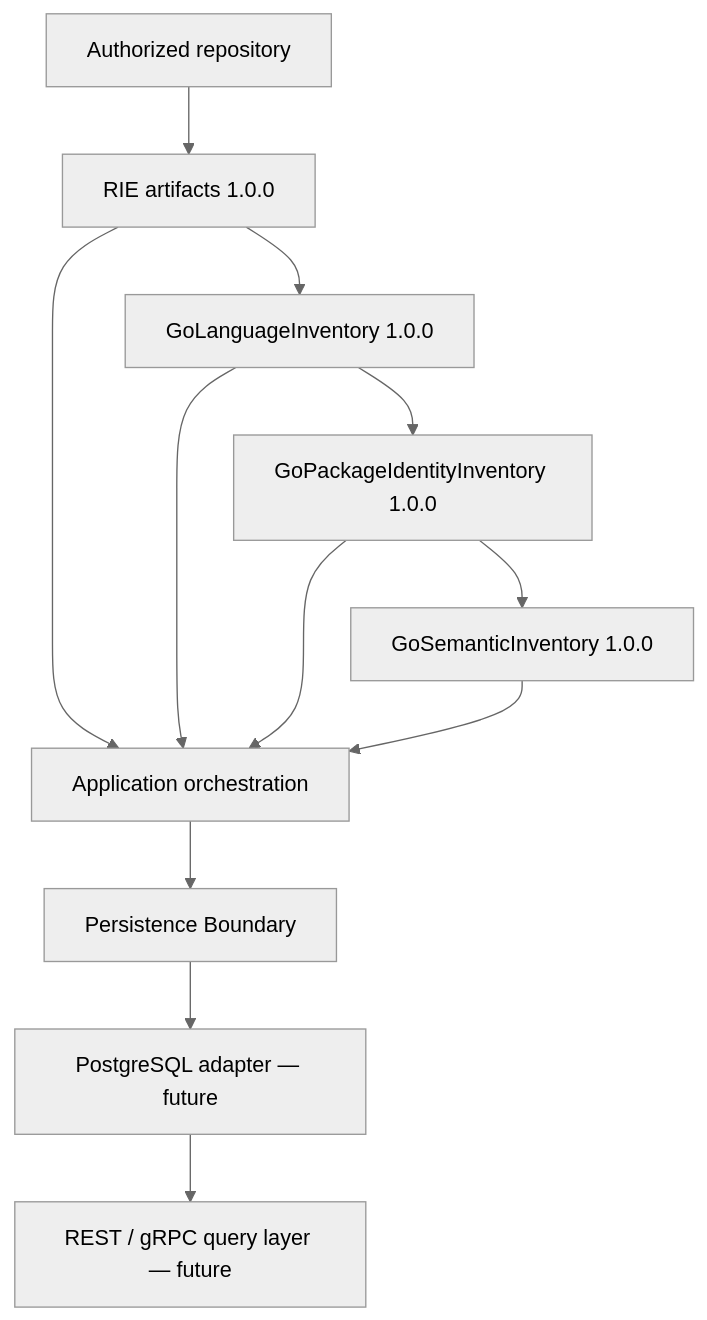
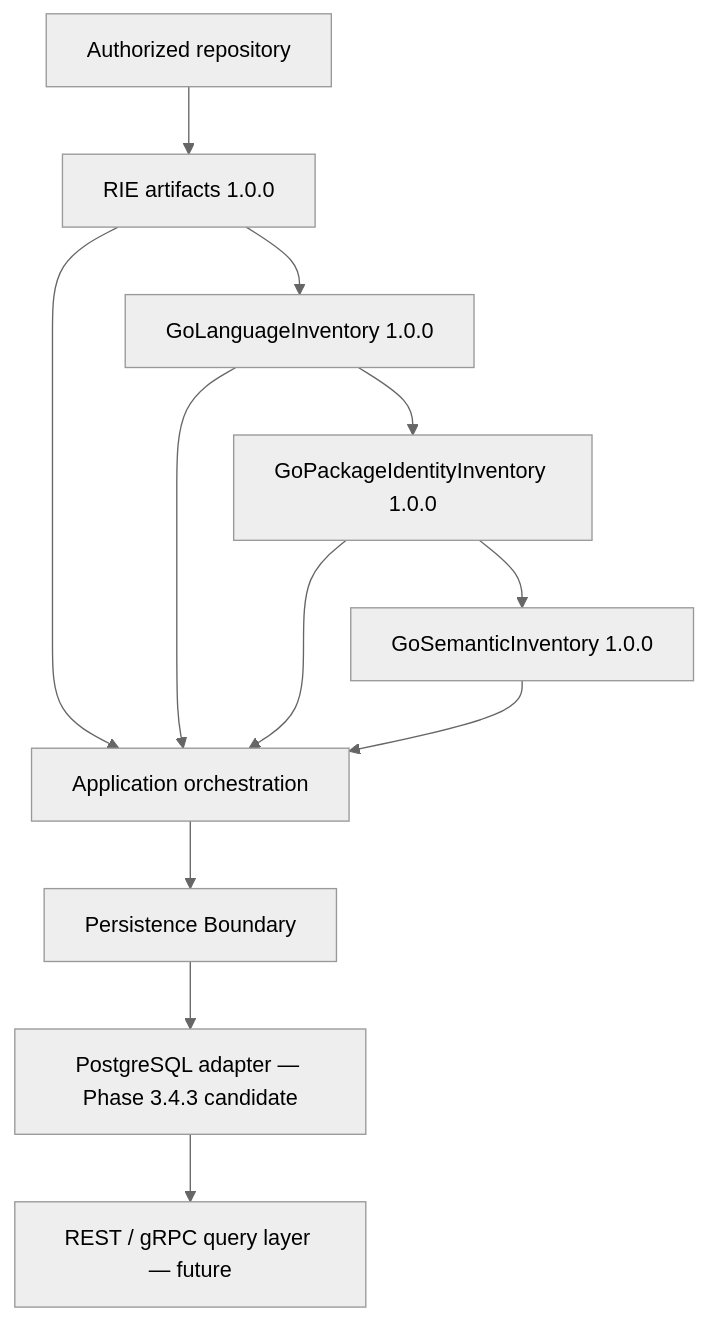
The diagram in docs/Architecture/PERSISTENCE_BOUNDARY.md (AjayMunagala/software-engineering-platform), drawn with Mermaid (neutral theme) before and after one commit. The commit also changed 32 other files, not shown here.

Commit message:
Implement PostgreSQL persistence adapter

````diff
--- a/docs/Architecture/PERSISTENCE_BOUNDARY.md
+++ b/docs/Architecture/PERSISTENCE_BOUNDARY.md
@@ -46,14 +46,14 @@
 ```mermaid
 flowchart TD
     R["Authorized repository"] --> RIE["RIE artifacts 1.0.0"]
     RIE --> GLI["GoLanguageInventory 1.0.0"]
     GLI --> GPI["GoPackageIdentityInventory 1.0.0"]
     GPI --> GSI["GoSemanticInventory 1.0.0"]
     RIE --> APP["Application orchestration"]
     GLI --> APP
     GPI --> APP
     GSI --> APP
     APP --> PB["Persistence Boundary"]
-    PB --> PG["PostgreSQL adapter — future"]
+    PB --> PG["PostgreSQL adapter — Phase 3.4.3 candidate"]
     PG --> QUERY["REST / gRPC query layer — future"]
 ```
````
